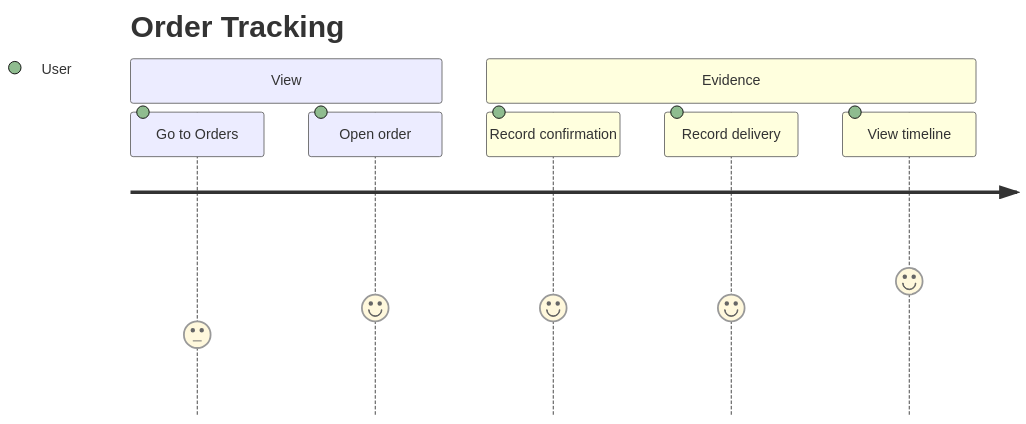
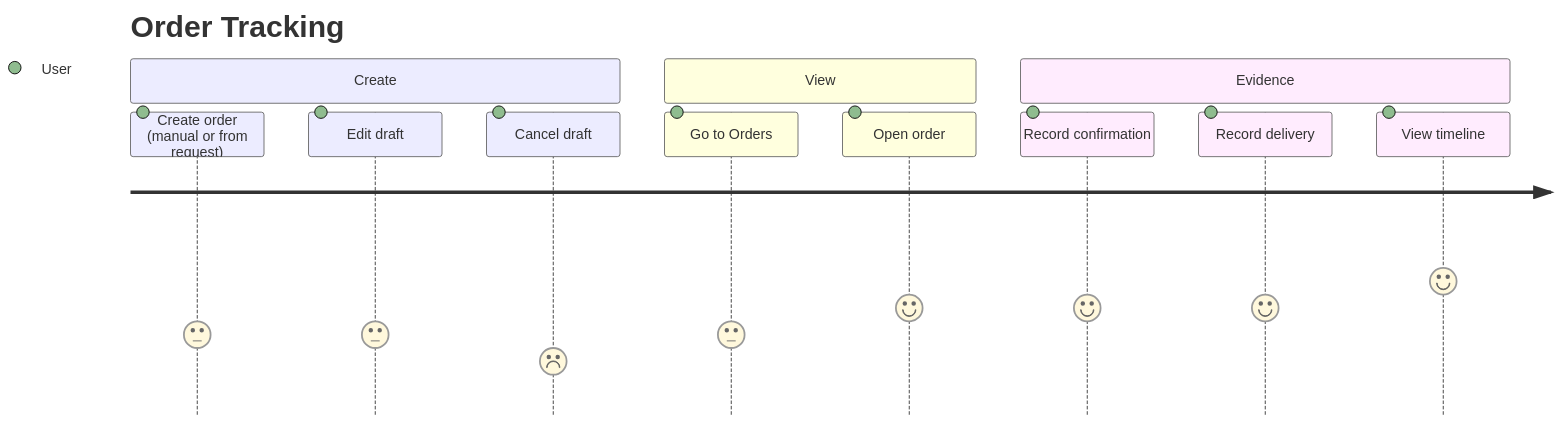
Before and after one commit to YasserHosny/ProcurePilot: diagram 15 of 18 in docs/user/user-flows.md, drawn with Mermaid. The commit also changed other lines of this file and 1 other file, not shown here.

First line of the commit message:
docs: reflect PR #59 and #61 user-facing behavior

````diff
--- a/docs/user/user-flows.md
+++ b/docs/user/user-flows.md
@@ -351,11 +355,15 @@
 ```mermaid
 journey
     title Order Tracking
+    section Create
+        Create order (manual or from request): 3: User
+        Edit draft: 3: User
+        Cancel draft: 2: User
     section View
         Go to Orders: 3: User
         Open order: 4: User
     section Evidence
         Record confirmation: 4: User
         Record delivery: 4: User
         View timeline: 5: User
 ```
````
